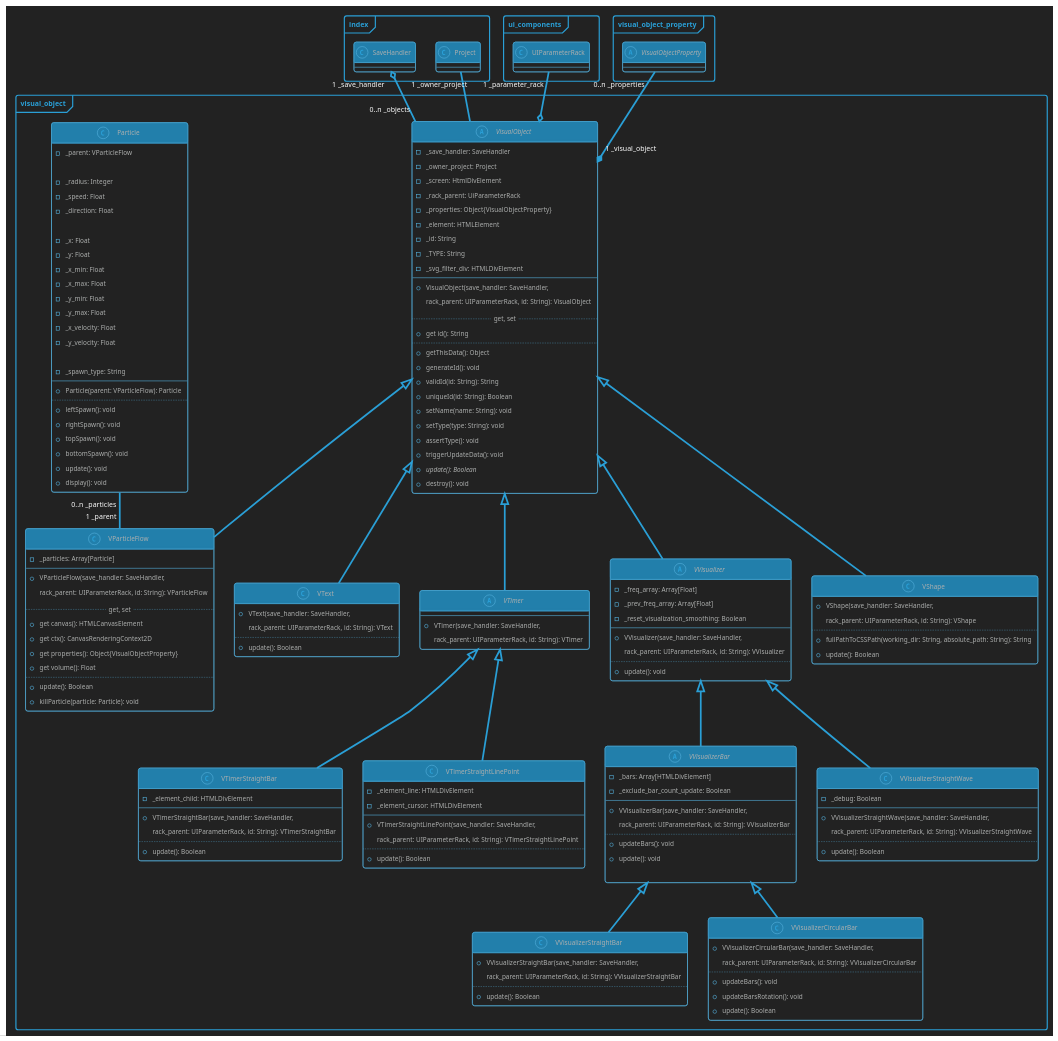
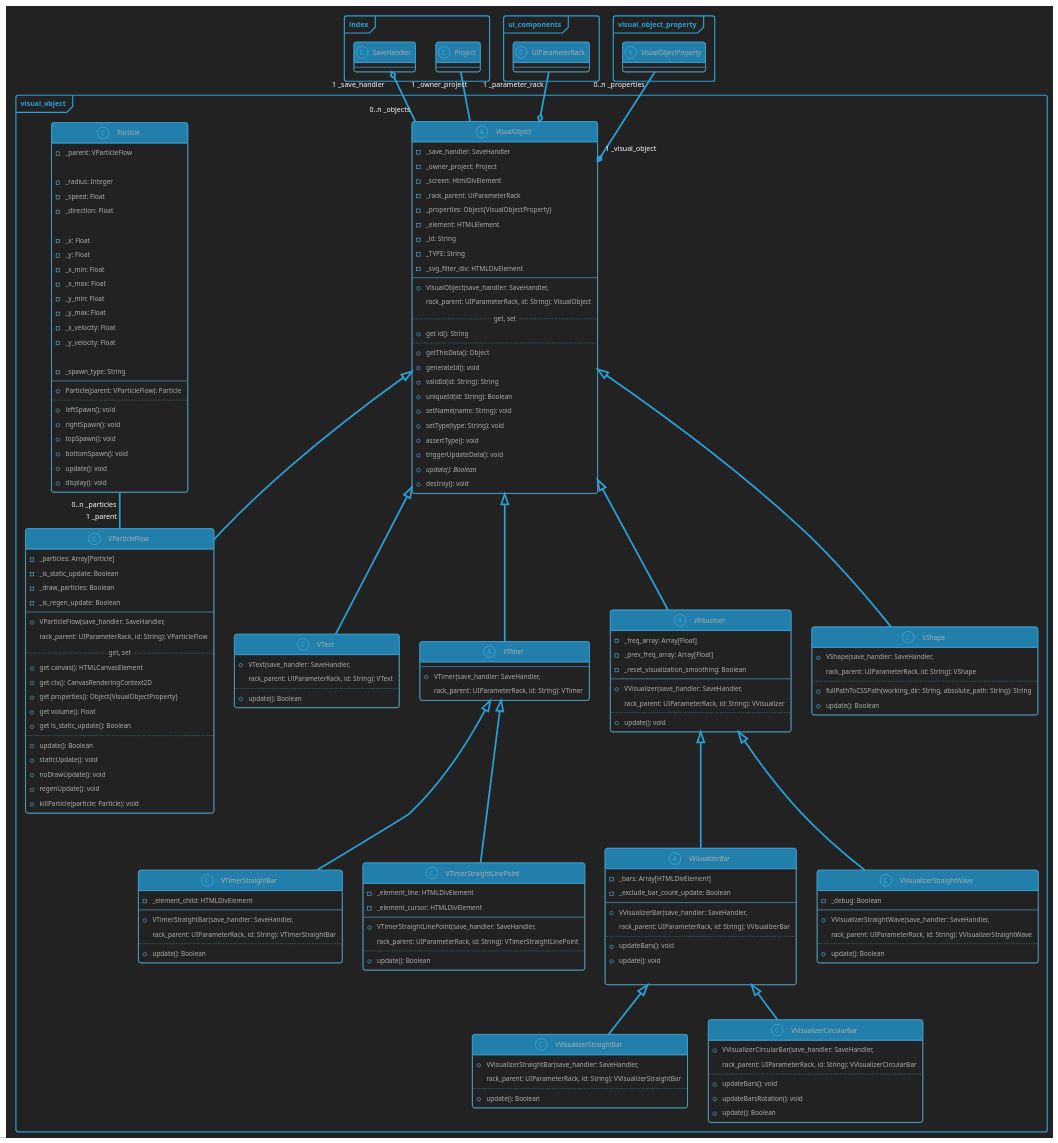
Before and after one commit to Picorims/wav2bar: the diagram in docs/visual_object.plantuml, drawn with PlantUML. The commit also changed 1 other file, not shown here.

```diff
--- a/docs/visual_object.plantuml
+++ b/docs/visual_object.plantuml
@@ -89,6 +89,9 @@
 
     class VParticleFlow {
         - _particles: Array[Particle]
+        - _is_static_update: Boolean
+        - _draw_particles: Boolean
+        - _is_regen_update: Boolean
         --
         + VParticleFlow(save_handler: SaveHandler,
         rack_parent: UIParameterRack, id: String): VParticleFlow
@@ -97,8 +100,12 @@
         + get ctx(): CanvasRenderingContext2D
         + get properties(): Object{VisualObjectProperty}
         + get volume(): Float
+        + get is_static_update(): Boolean
         ..
         + update(): Boolean
+        + staticUpdate(): void
+        + noDrawUpdate(): void
+        + regenUpdate(): void
         + killParticle(particle: Particle): void
     }
     VisualObject <|-- VParticleFlow
```
